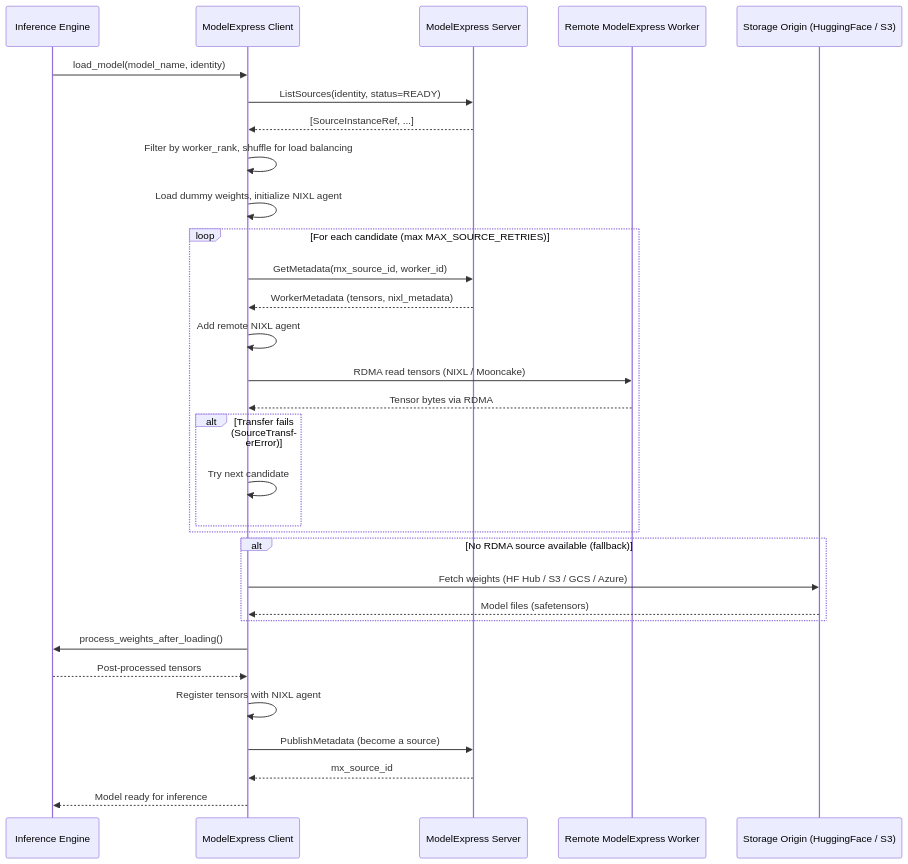
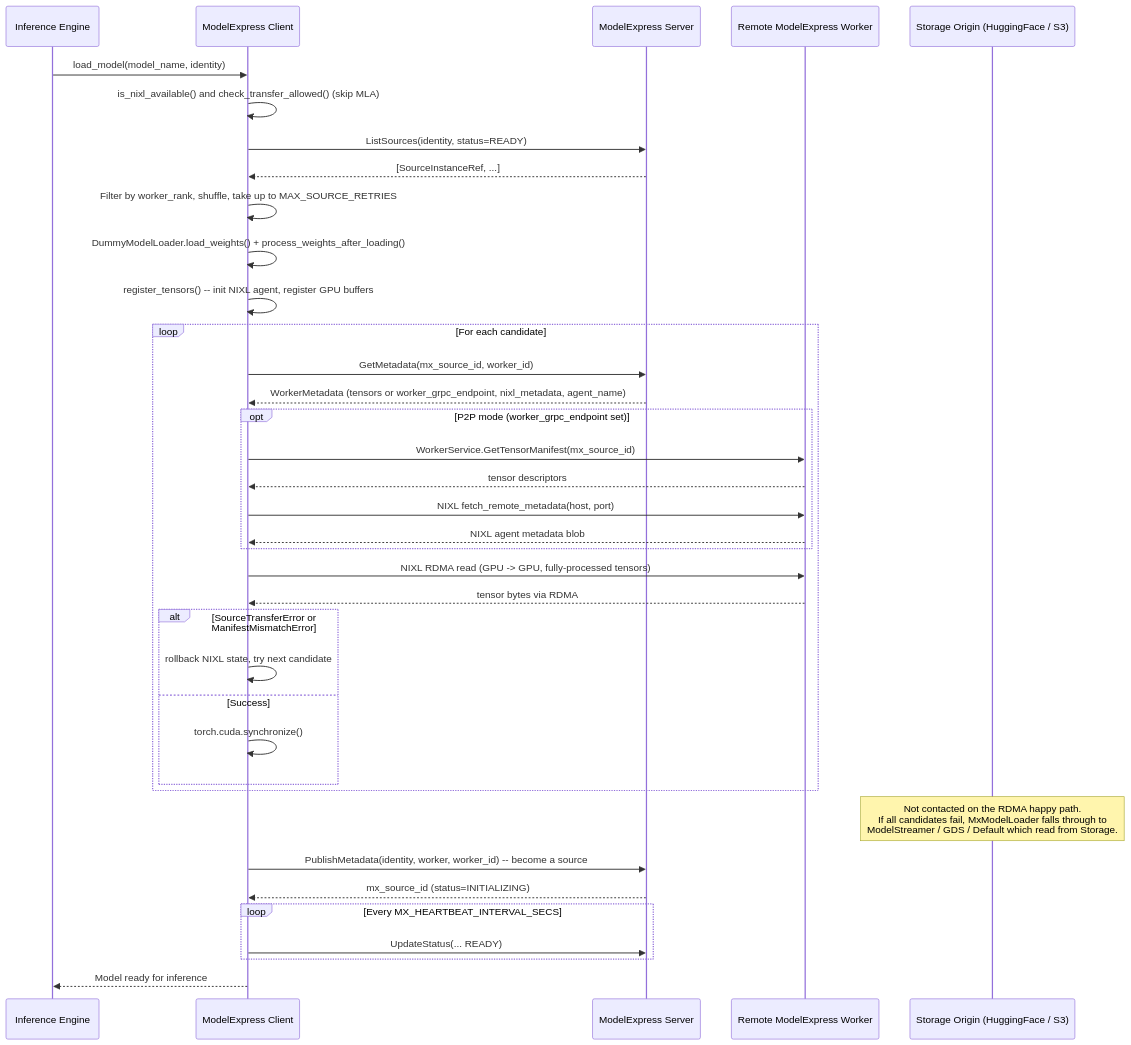
One commit to gaius-qi/modelexpress changed the fifth of 5 diagrams in docs/metadata.md. Above: the diagram before and after it, drawn with Mermaid. The commit also changed other lines of this file, not shown here.

First line of the commit message:
docs(metadata): four per-strategy sequence diagrams with five-module separation

````diff
--- a/docs/metadata.md
+++ b/docs/metadata.md
@@ -281,34 +353,40 @@
 ```mermaid
 sequenceDiagram
     participant Engine as Inference Engine
     participant Client as ModelExpress Client
     participant Server as ModelExpress Server
     participant Remote as Remote ModelExpress Worker
     participant Storage as Storage Origin (HuggingFace / S3)
 
     Engine->>Client: load_model(model_name, identity)
+    Client->>Client: is_nixl_available() and check_transfer_allowed() (skip MLA)
     Client->>Server: ListSources(identity, status=READY)
     Server-->>Client: [SourceInstanceRef, ...]
-    Client->>Client: Filter by worker_rank, shuffle for load balancing
-    Client->>Client: Load dummy weights, initialize NIXL agent
-    loop For each candidate (max MAX_SOURCE_RETRIES)
+    Client->>Client: Filter by worker_rank, shuffle, take up to MAX_SOURCE_RETRIES
+    Client->>Client: DummyModelLoader.load_weights() + process_weights_after_loading()
+    Client->>Client: register_tensors() -- init NIXL agent, register GPU buffers
+    loop For each candidate
         Client->>Server: GetMetadata(mx_source_id, worker_id)
-        Server-->>Client: WorkerMetadata (tensors, nixl_metadata)
-        Client->>Client: Add remote NIXL agent
-        Client->>Remote: RDMA read tensors (NIXL / Mooncake)
-        Remote-->>Client: Tensor bytes via RDMA
-        alt Transfer fails (SourceTransferError)
-            Client->>Client: Try next candidate
+        Server-->>Client: WorkerMetadata (tensors or worker_grpc_endpoint, nixl_metadata, agent_name)
+        opt P2P mode (worker_grpc_endpoint set)
+            Client->>Remote: WorkerService.GetTensorManifest(mx_source_id)
+            Remote-->>Client: tensor descriptors
+            Client->>Remote: NIXL fetch_remote_metadata(host, port)
+            Remote-->>Client: NIXL agent metadata blob
+        end
+        Client->>Remote: NIXL RDMA read (GPU -> GPU, fully-processed tensors)
+        Remote-->>Client: tensor bytes via RDMA
+        alt SourceTransferError or ManifestMismatchError
+            Client->>Client: rollback NIXL state, try next candidate
+        else Success
+            Client->>Client: torch.cuda.synchronize()
         end
     end
-    alt No RDMA source available (fallback)
-        Client->>Storage: Fetch weights (HF Hub / S3 / GCS / Azure)
-        Storage-->>Client: Model files (safetensors)
+    Note over Storage: Not contacted on the RDMA happy path.<br/>If all candidates fail, MxModelLoader falls through to<br/>ModelStreamer / GDS / Default which read from Storage.
+    Client->>Server: PublishMetadata(identity, worker, worker_id) -- become a source
+    Server-->>Client: mx_source_id (status=INITIALIZING)
+    loop Every MX_HEARTBEAT_INTERVAL_SECS
+        Client->>Server: UpdateStatus(... READY)
     end
-    Client->>Engine: process_weights_after_loading()
-    Engine-->>Client: Post-processed tensors
-    Client->>Client: Register tensors with NIXL agent
-    Client->>Server: PublishMetadata (become a source)
-    Server-->>Client: mx_source_id
     Client-->>Engine: Model ready for inference
 ```
````
